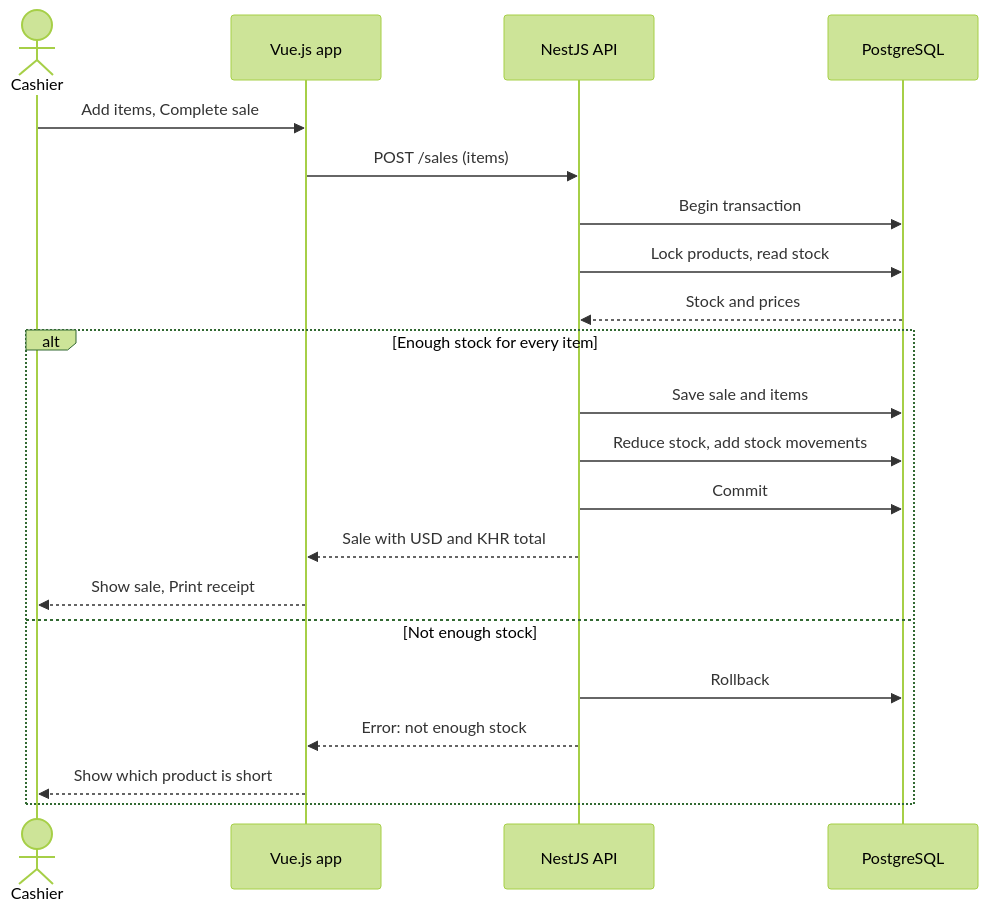
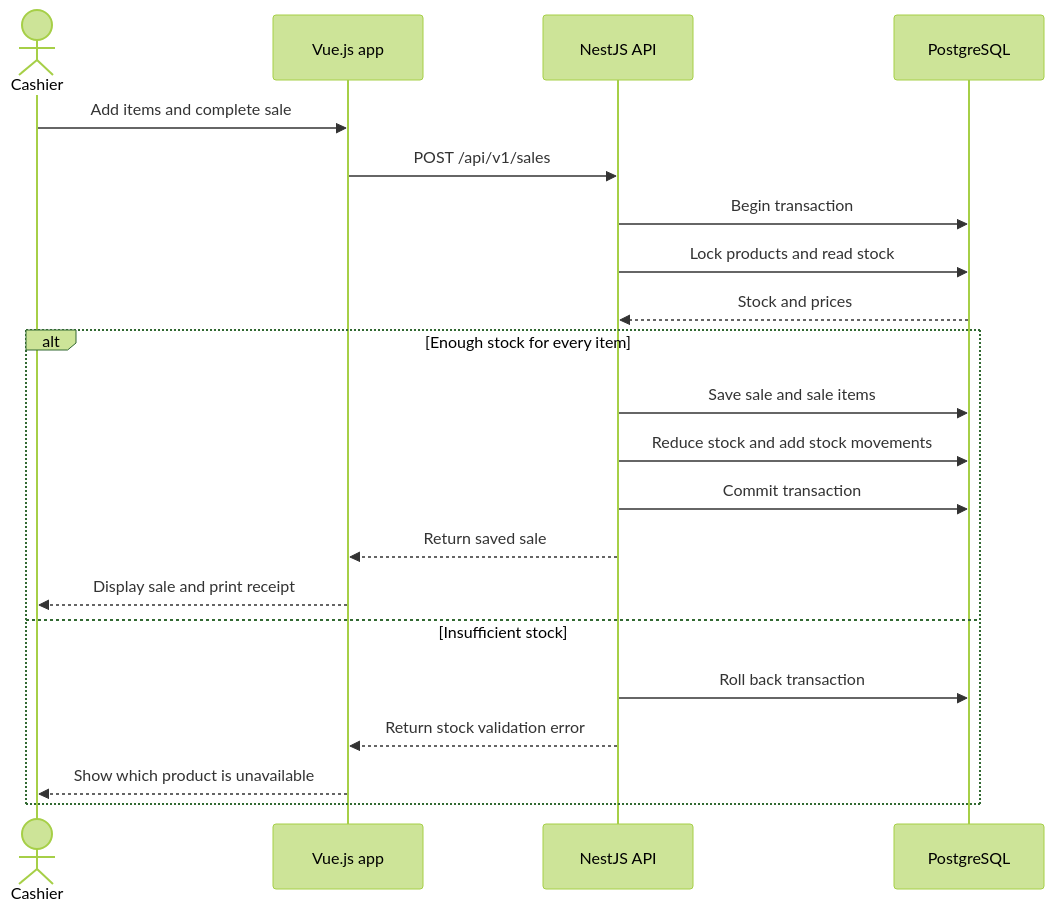
One commit to haimonyoudom/y3-ip changed the diagram in PROPOSAL.md. Above: the diagram before and after it, drawn with Mermaid (forest theme). The commit also changed other lines of this file and 1 other file, not shown here.

````diff
--- a/PROPOSAL.md
+++ b/PROPOSAL.md
@@ -80,23 +287,25 @@
 ```mermaid
 sequenceDiagram
     actor Cashier
     participant App as Vue.js app
     participant API as NestJS API
     participant DB as PostgreSQL
-    Cashier->>App: Add items, Complete sale
-    App->>API: POST /sales (items)
+
+    Cashier->>App: Add items and complete sale
+    App->>API: POST /api/v1/sales
     API->>DB: Begin transaction
-    API->>DB: Lock products, read stock
+    API->>DB: Lock products and read stock
     DB-->>API: Stock and prices
+
     alt Enough stock for every item
-        API->>DB: Save sale and items
-        API->>DB: Reduce stock, add stock movements
-        API->>DB: Commit
-        API-->>App: Sale with USD and KHR total
-        App-->>Cashier: Show sale, Print receipt
-    else Not enough stock
-        API->>DB: Rollback
-        API-->>App: Error: not enough stock
-        App-->>Cashier: Show which product is short
+        API->>DB: Save sale and sale items
+        API->>DB: Reduce stock and add stock movements
+        API->>DB: Commit transaction
+        API-->>App: Return saved sale
+        App-->>Cashier: Display sale and print receipt
+    else Insufficient stock
+        API->>DB: Roll back transaction
+        API-->>App: Return stock validation error
+        App-->>Cashier: Show which product is unavailable
     end
 ```
````
